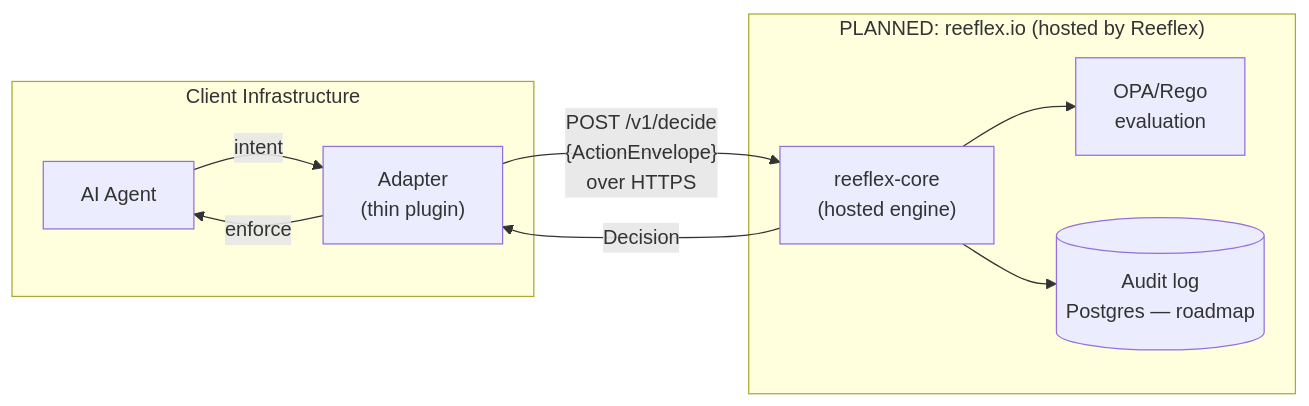
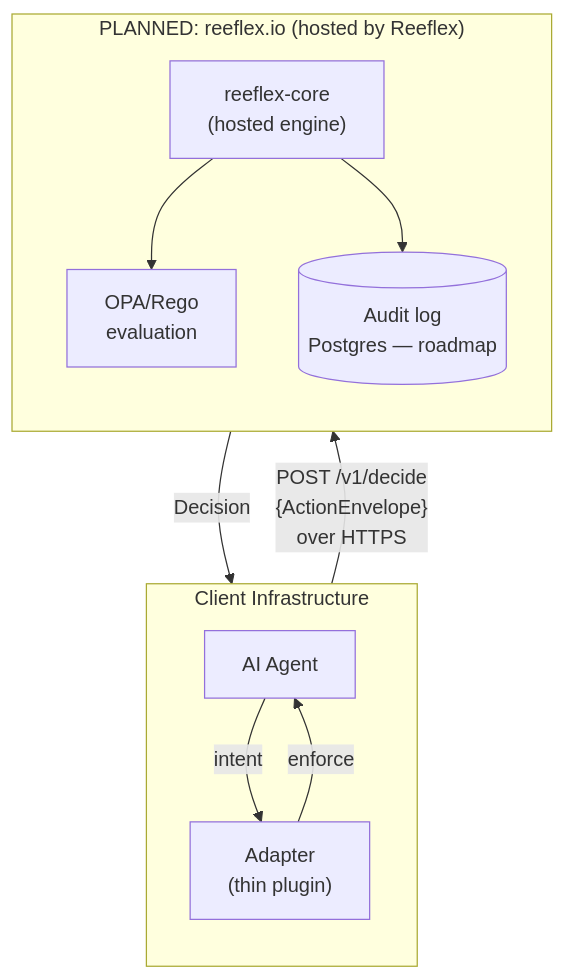
The third of 3 diagrams in docs/architecture.md (Reeflex-io/reeflex), drawn with Mermaid before and after one commit. The commit also changed other lines of this file and 4 other files, not shown here.

````diff
--- a/docs/architecture.md
+++ b/docs/architecture.md
@@ -150,18 +150,20 @@
 ```mermaid
-flowchart LR
+flowchart TD
     subgraph CLIENT["Client Infrastructure"]
+        direction TB
         AG2["AI Agent"]
-        AD2["Adapter\n(thin plugin)"]
+        AD2["Adapter<br/>(thin plugin)"]
     end
     subgraph HOSTED["PLANNED: reeflex.io (hosted by Reeflex)"]
-        RC2["reeflex-core\n(hosted engine)"]
-        OPA2["OPA/Rego\nevaluation"]
-        AU2[("Audit log\nPostgres — roadmap")]
+        direction TB
+        RC2["reeflex-core<br/>(hosted engine)"]
+        OPA2["OPA/Rego<br/>evaluation"]
+        AU2[("Audit log<br/>Postgres — roadmap")]
     end
     AG2 -->|"intent"| AD2
-    AD2 -->|"POST /v1/decide\n{ActionEnvelope}\nover HTTPS"| RC2
+    AD2 -->|"POST /v1/decide<br/>{ActionEnvelope}<br/>over HTTPS"| RC2
     RC2 --> OPA2
     RC2 --> AU2
     RC2 -->|"Decision"| AD2
     AD2 -->|"enforce"| AG2
 ```
````
